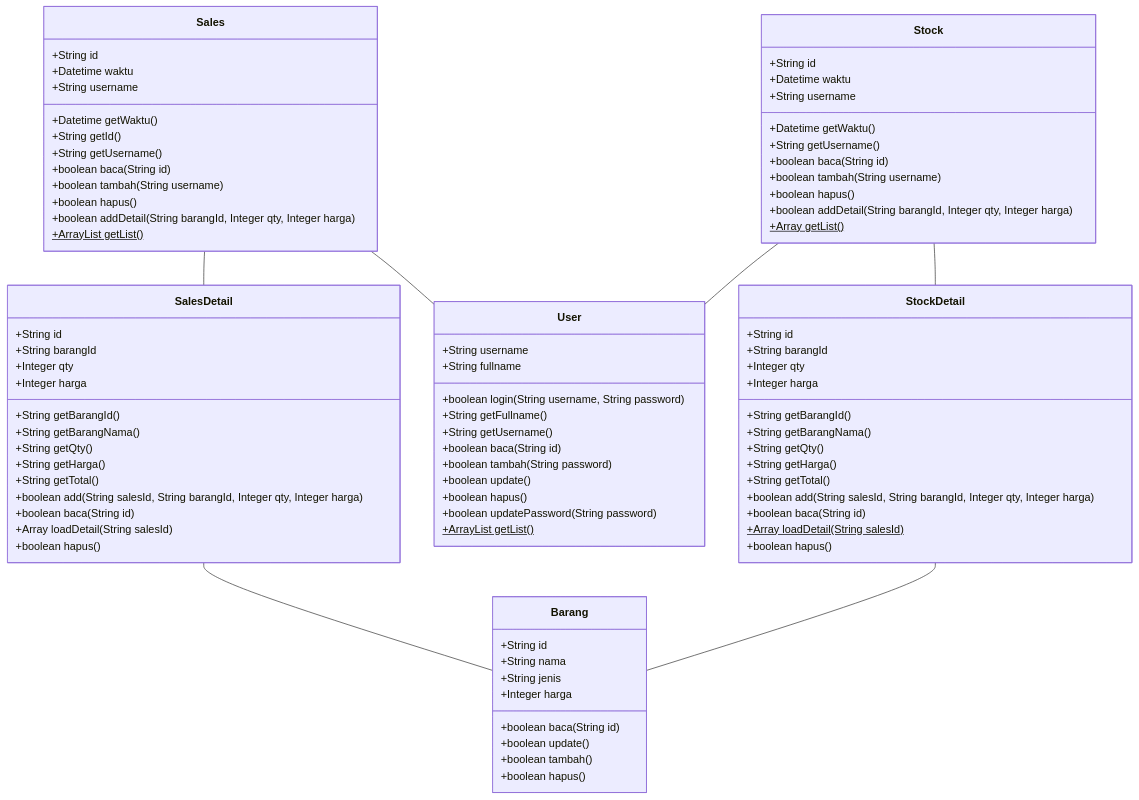
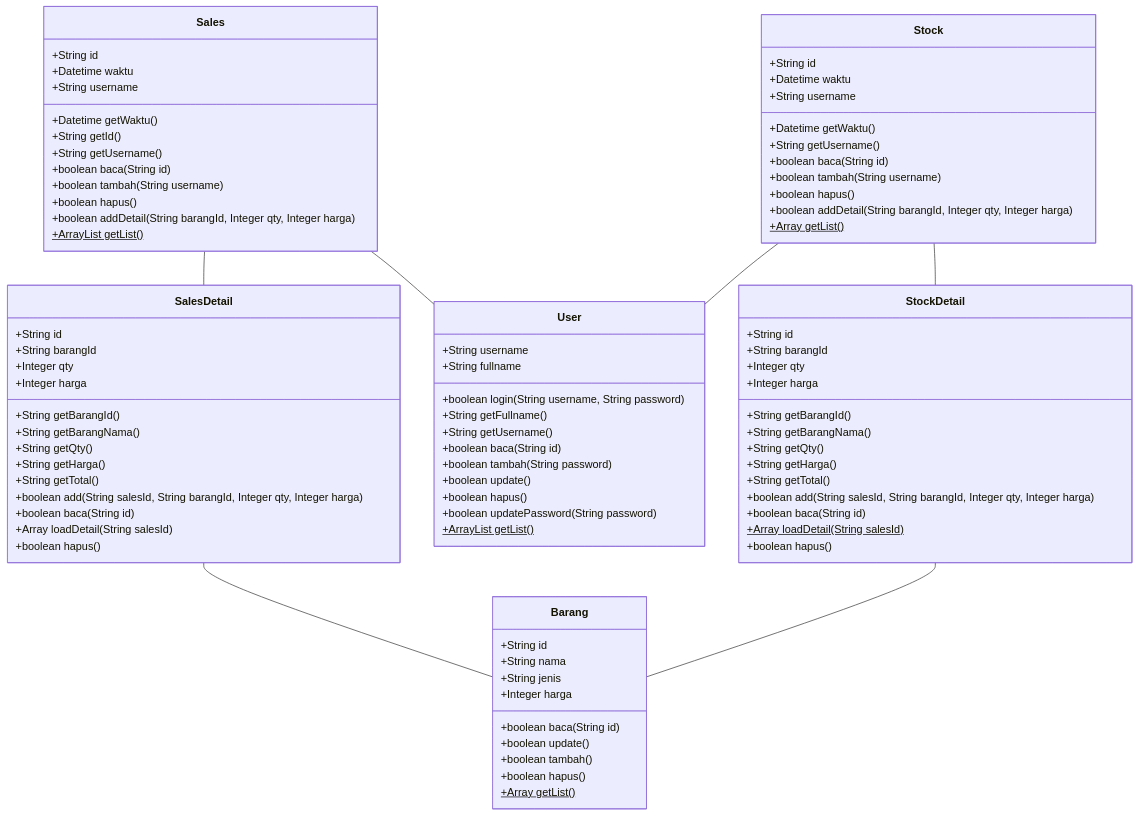
The diagram in latihan/project-1.md (ruang-belajar/java-ee), drawn with Mermaid before and after one commit.

```diff
--- a/latihan/project-1.md
+++ b/latihan/project-1.md
@@ -85,6 +85,7 @@
             +boolean update()
             +boolean tambah()
             +boolean hapus()
+            +Array<Barang> getList()$
         }
         class Stock {
             +String id
```
